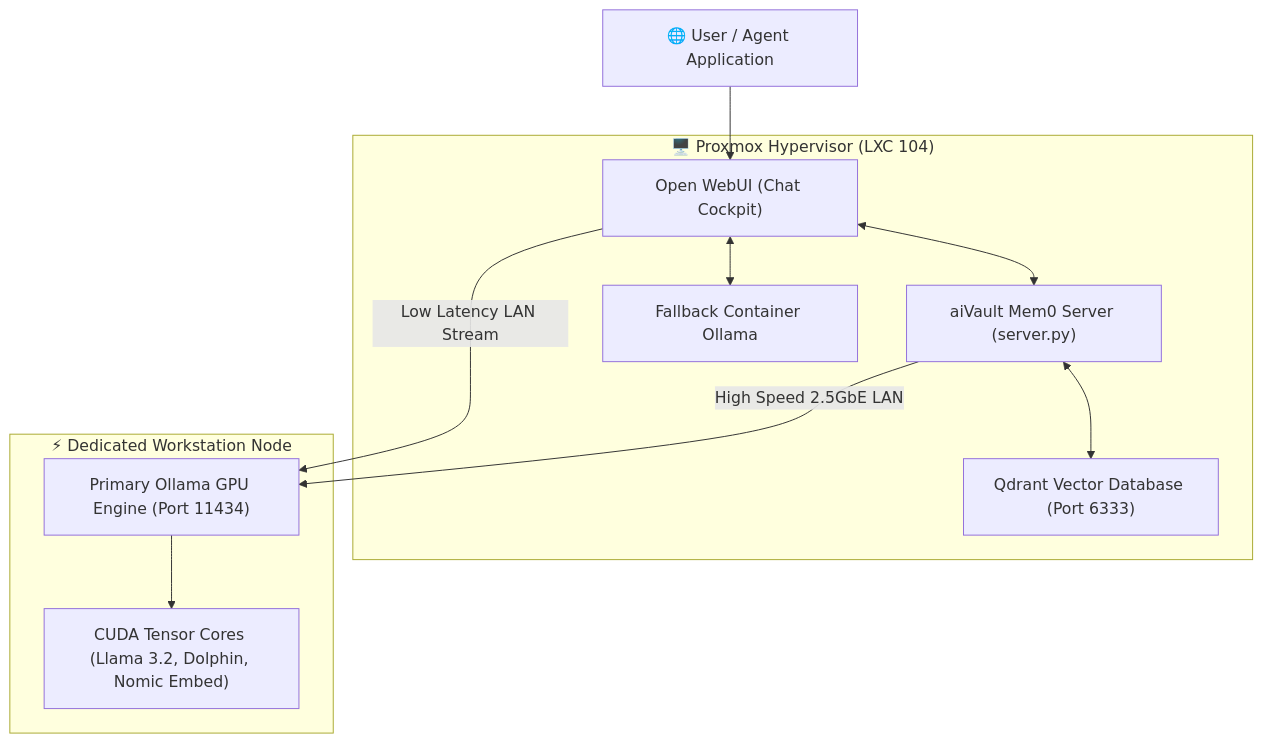
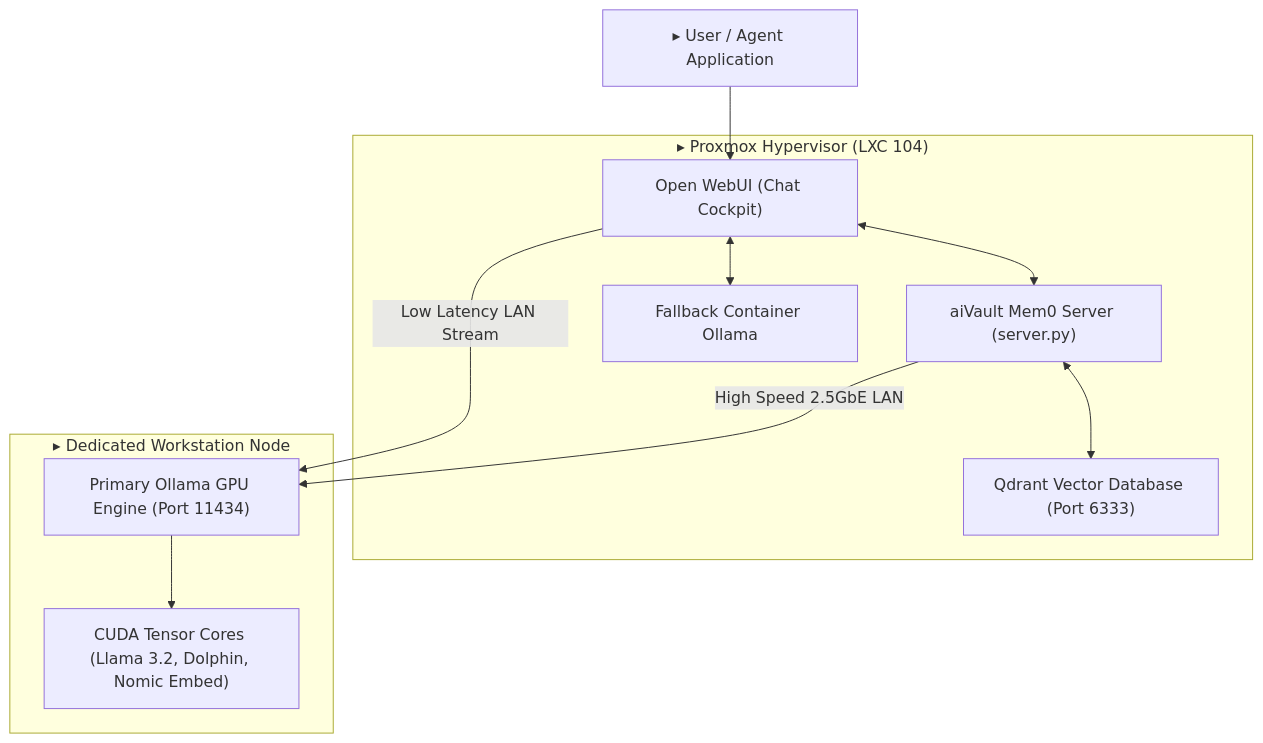
One commit to IAndrexI/documentation changed the diagram in docs/apps/aivault/index.md. Above: the diagram before and after it, drawn with Mermaid. The commit also changed other lines of this file and 40 other files, not shown here.

Commit message:
feat: hide git stars/branches, collapse subcategories until tab selected, add high-res architecture SVG, auto-update script, basic monochrome glyphs, and line-by-line recreation blueprints with summaries

````diff
--- a/docs/apps/aivault/index.md
+++ b/docs/apps/aivault/index.md
@@ -7,16 +7,16 @@
 ```mermaid
 graph TD
-    User["🌐 User / Agent Application"] --> WebUI["Open WebUI (Chat Cockpit)"]
+    User["▸ User / Agent Application"] --> WebUI["Open WebUI (Chat Cockpit)"]
     
-    subgraph ProxmoxCluster["🖥️ Proxmox Hypervisor (LXC 104)"]
+    subgraph ProxmoxCluster["▸ Proxmox Hypervisor (LXC 104)"]
         WebUI <--> Mem0Service["aiVault Mem0 Server (server.py)"]
         Mem0Service <--> QdrantDB["Qdrant Vector Database (Port 6333)"]
         WebUI <--> LocalOllama["Fallback Container Ollama"]
     end
 
-    subgraph HardwareNode["⚡ Dedicated Workstation Node"]
+    subgraph HardwareNode["▸ Dedicated Workstation Node"]
         Mem0Service -->|High Speed 2.5GbE LAN| WorkstationGPU["Primary Ollama GPU Engine (Port 11434)"]
         WebUI -->|Low Latency LAN Stream| WorkstationGPU
         WorkstationGPU --> CUDA["CUDA Tensor Cores (Llama 3.2, Dolphin, Nomic Embed)"]
     end
 ```
````
